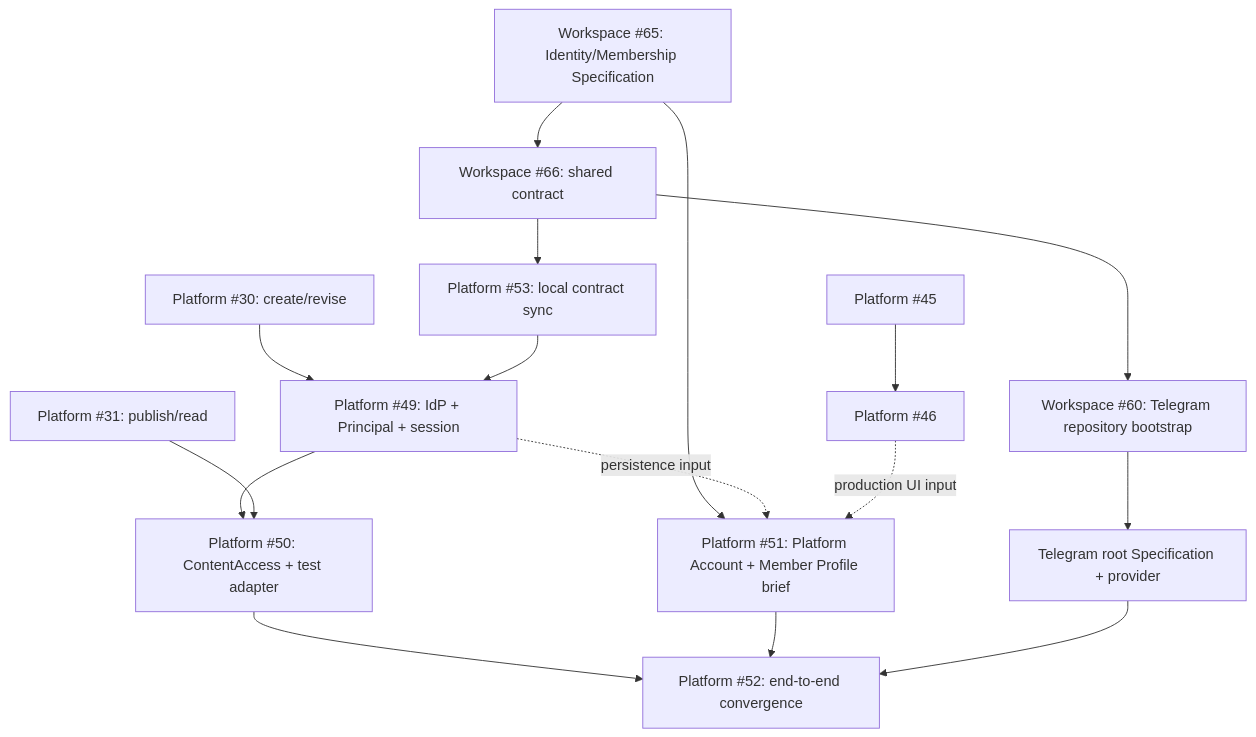
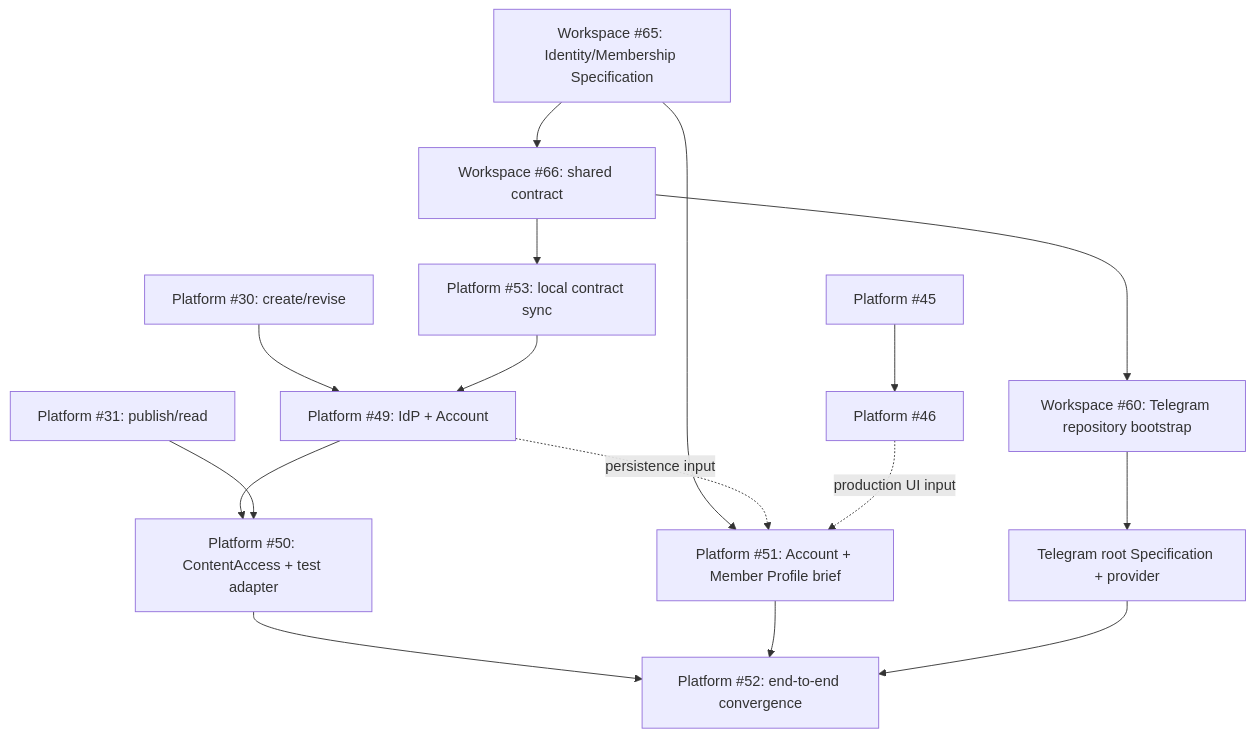
One commit to sachkov-inside/platform changed the diagram in docs/specifications/platform-v1.md. Above: the diagram before and after it, drawn with Mermaid. The commit also changed other lines of this file and 125 other files, not shown here.

````diff
--- a/docs/specifications/platform-v1.md
+++ b/docs/specifications/platform-v1.md
@@ -513,21 +507,21 @@
 ```mermaid
 flowchart TD
     S65[Workspace #65: Identity/Membership Specification] --> C66[Workspace #66: shared contract]
     C66 --> P53[Platform #53: local contract sync]
     C66 --> B60[Workspace #60: Telegram repository bootstrap]
 
-    DRAFT[Platform #30: create/revise] --> ID49[Platform #49: IdP + Principal + session]
+    DRAFT[Platform #30: create/revise] --> ID49[Platform #49: IdP + Account]
     P53 --> ID49
     ID49 --> ACCESS50[Platform #50: ContentAccess + test adapter]
     LIFE[Platform #31: publish/read] --> ACCESS50
 
-    S65 --> PROFILE51[Platform #51: Platform Account + Member Profile brief]
+    S65 --> PROFILE51[Platform #51: Account + Member Profile brief]
     ID49 -. persistence input .-> PROFILE51
     LAB[Platform #45] --> SHELL[Platform #46]
     SHELL -. production UI input .-> PROFILE51
 
     B60 --> TG[Telegram root Specification + provider]
     ACCESS50 --> JOIN52[Platform #52: end-to-end convergence]
     PROFILE51 --> JOIN52
     TG --> JOIN52
 ```
````
